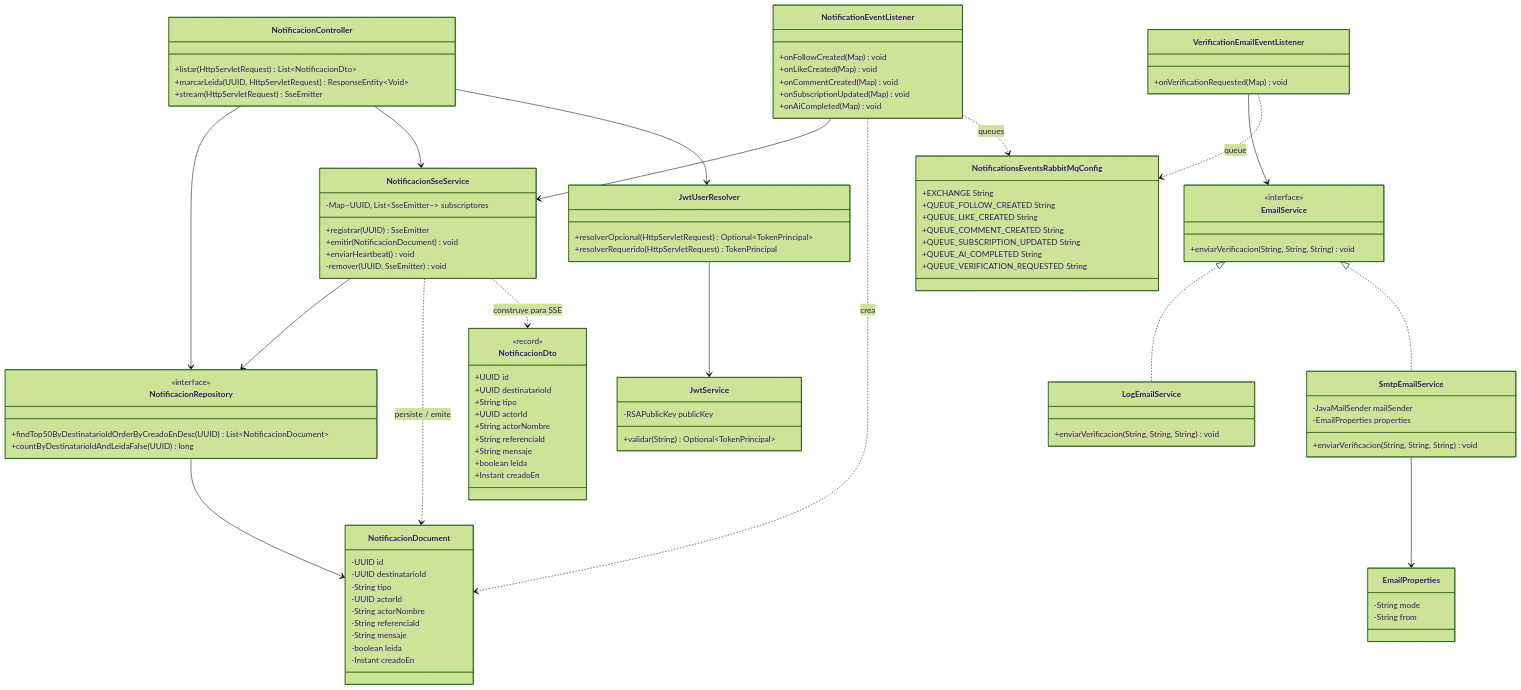
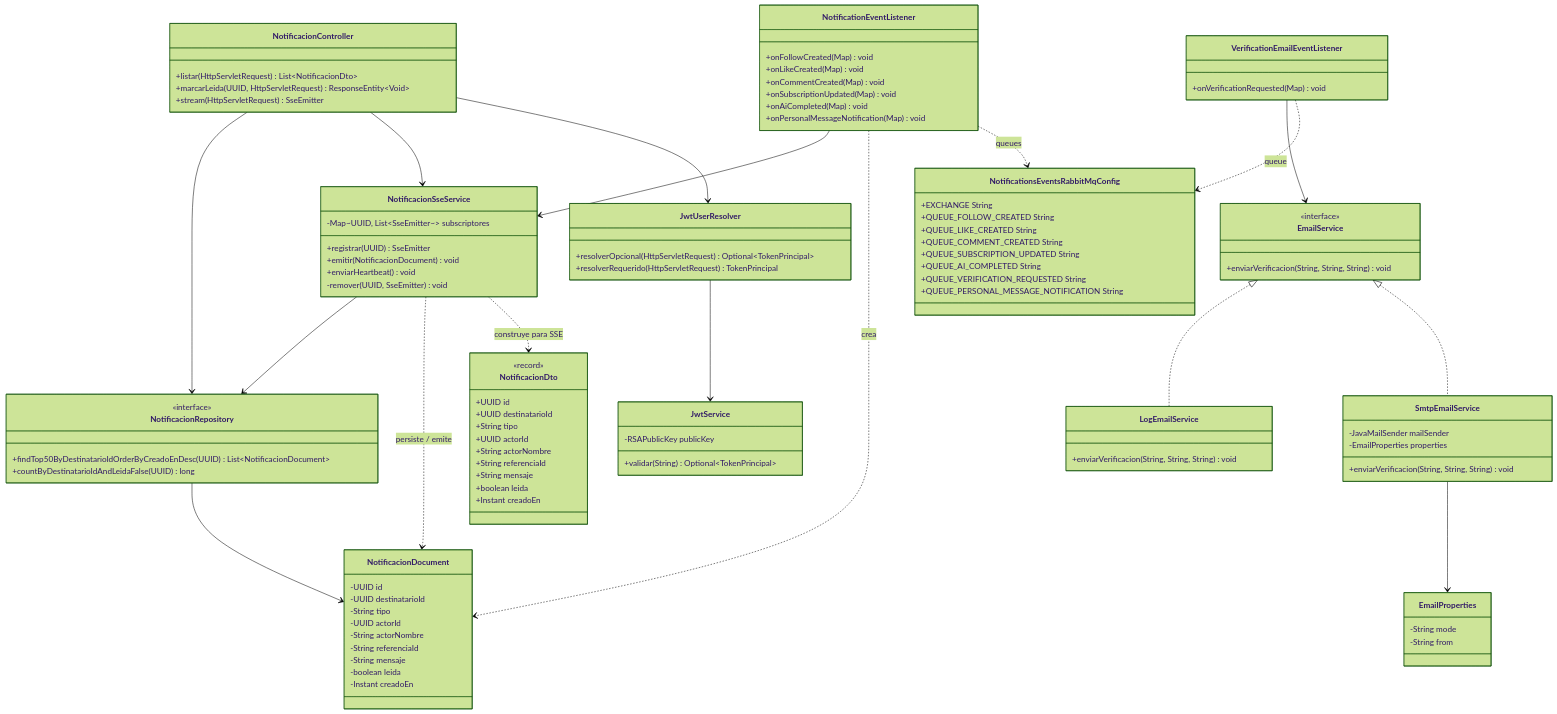
Before and after one commit to Artagram/artagram-notifications: the diagram in README.md, drawn with Mermaid (forest theme). The commit also changed other lines of this file and 2 other files, not shown here.

```diff
--- a/README.md
+++ b/README.md
@@ -169,6 +170,7 @@
         +onCommentCreated(Map) void
         +onSubscriptionUpdated(Map) void
         +onAiCompleted(Map) void
+        +onPersonalMessageNotification(Map) void
     }
 
     class VerificationEmailEventListener {
@@ -183,6 +185,7 @@
         +QUEUE_SUBSCRIPTION_UPDATED String
         +QUEUE_AI_COMPLETED String
         +QUEUE_VERIFICATION_REQUESTED String
+        +QUEUE_PERSONAL_MESSAGE_NOTIFICATION String
     }
 
     class EmailService {
```
